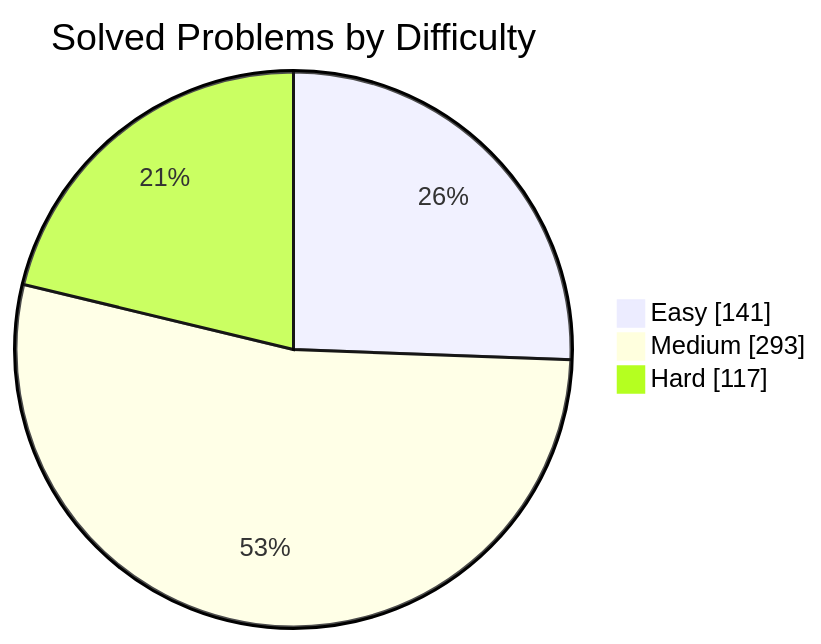
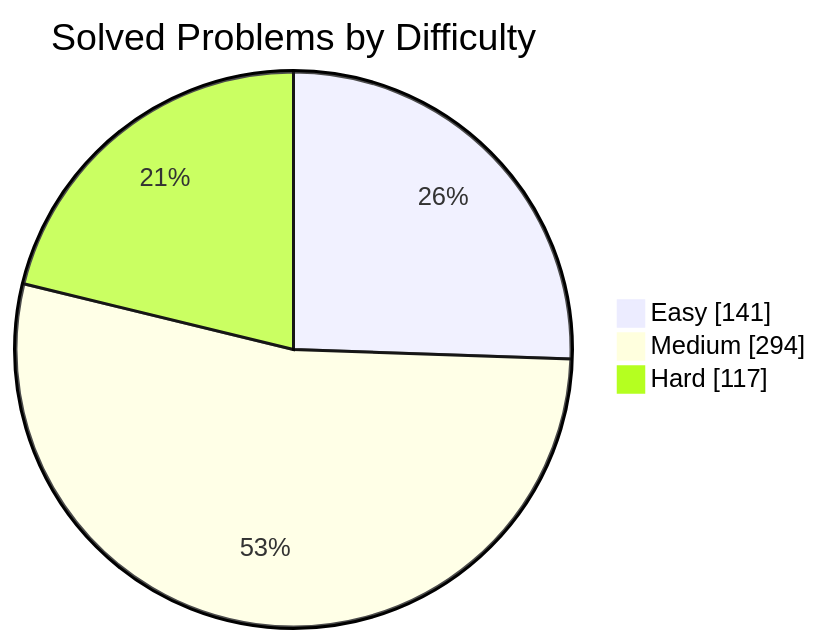
One commit to manikantbindass/DSA-Preparation-FAANG changed the first of 2 diagrams in README.md. Above: the diagram before and after it, drawn with Mermaid. The commit also changed other lines of this file and 1 other file, not shown here.

````diff
--- a/README.md
+++ b/README.md
@@ -79,7 +79,7 @@
 ```mermaid
 pie showData
     title Solved Problems by Difficulty
     "Easy" : 141
-    "Medium" : 293
+    "Medium" : 294
     "Hard" : 117
 ```
````
